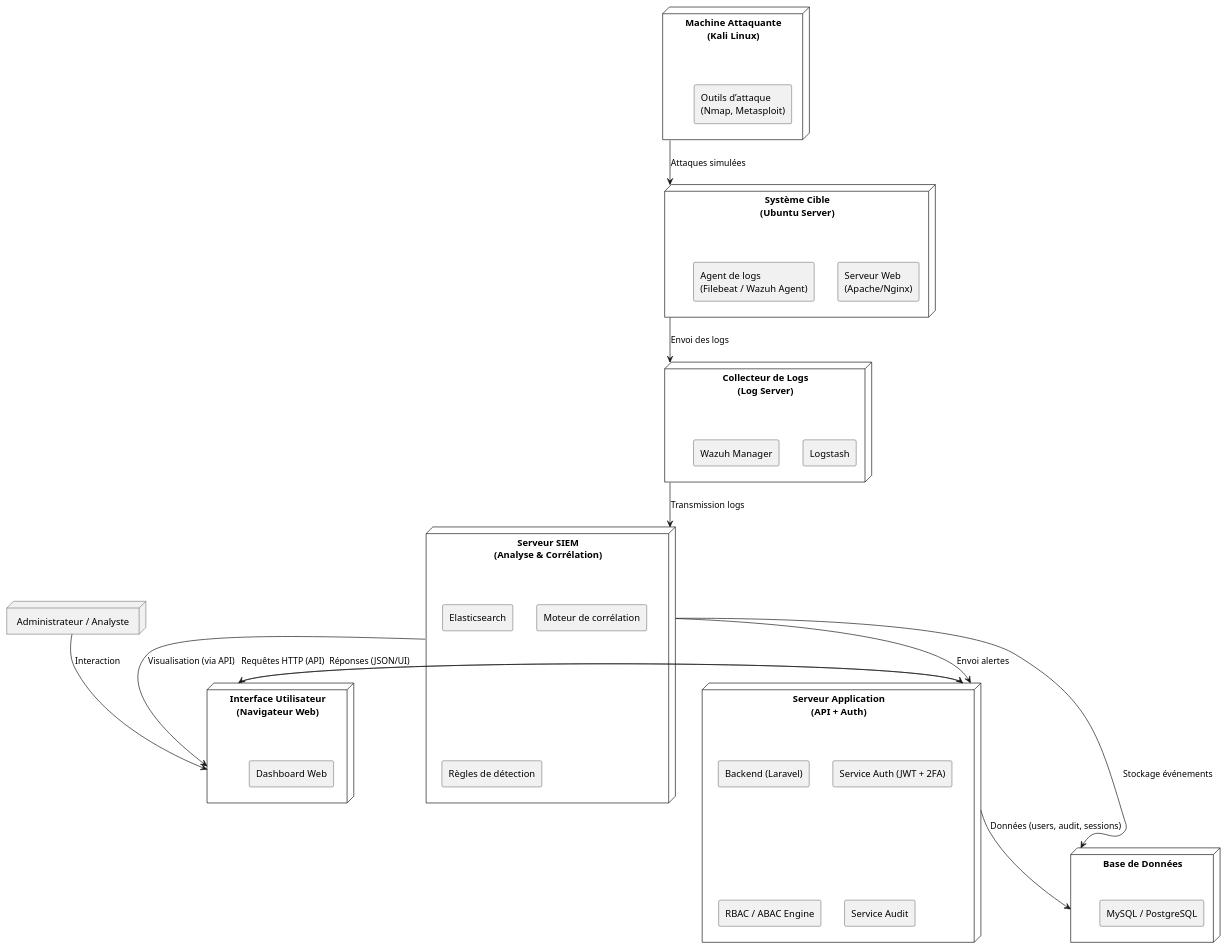
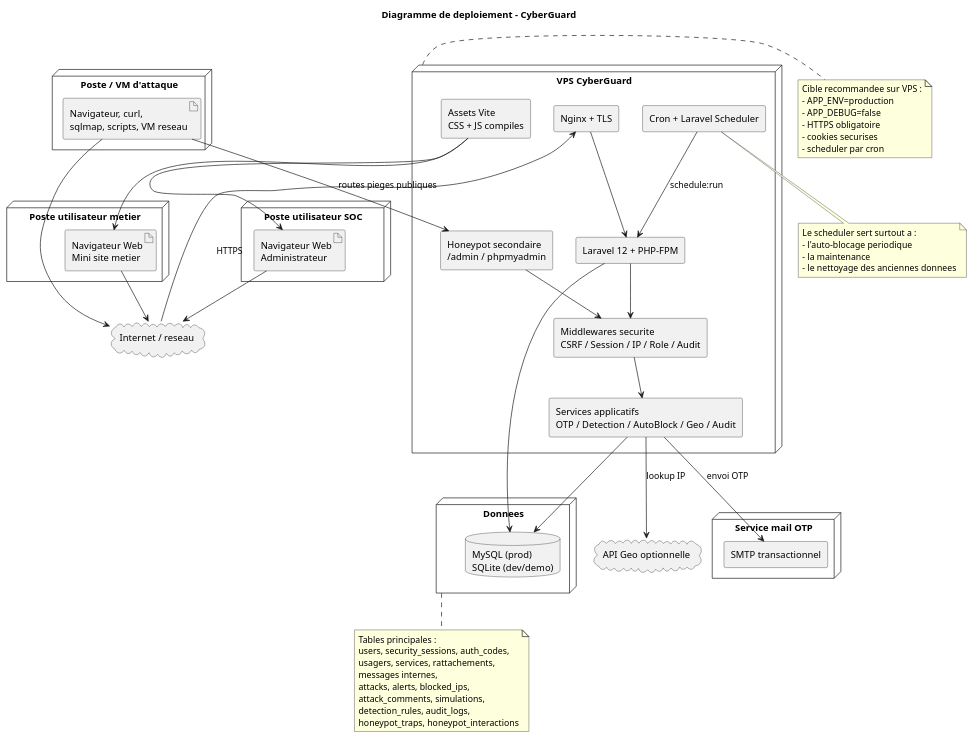
One commit to Adolphe51/Projet-definitif-de-soutenance changed the diagram in public/UML/diagram-deployment.puml. Above: the diagram before and after it, drawn with PlantUML. The commit also changed 281 other files, not shown here.

```diff
--- a/public/UML/diagram-deployment.puml
+++ b/public/UML/diagram-deployment.puml
@@ -1,63 +1,89 @@
-@startuml
+@startuml CyberGuardDeployment
+top to bottom direction
 skinparam shadowing false
 skinparam componentStyle rectangle
 
-node "Machine Attaquante\n(Kali Linux)" as Attacker {
-    component "Outils d’attaque\n(Nmap, Metasploit)"
+title Diagramme de deploiement - CyberGuard
+
+node "Poste utilisateur SOC" as SocClient {
+  artifact "Navigateur Web\nAdministrateur" as SocBrowser
 }
 
-node "Système Cible\n(Ubuntu Server)" as Target {
-    component "Serveur Web\n(Apache/Nginx)"
-    component "Agent de logs\n(Filebeat / Wazuh Agent)"
+node "Poste utilisateur metier" as BizClient {
+  artifact "Navigateur Web\nMini site metier" as BizBrowser
 }
 
-node "Collecteur de Logs\n(Log Server)" as Collector {
-    component "Logstash"
-    component "Wazuh Manager"
+node "Poste / VM d'attaque" as ThreatNode {
+  artifact "Navigateur, curl,\nsqlmap, scripts, VM reseau" as ThreatTool
 }
 
-node "Serveur SIEM\n(Analyse & Corrélation)" as SIEM {
-    component "Elasticsearch"
-    component "Moteur de corrélation"
-    component "Règles de détection"
+cloud "Internet / reseau" as Network
+
+node "VPS CyberGuard" as VpsNode {
+  component "Nginx + TLS" as ReverseProxy
+  component "Laravel 12 + PHP-FPM" as LaravelApp
+  component "Middlewares securite\nCSRF / Session / IP / Role / Audit" as SecurityLayer
+  component "Services applicatifs\nOTP / Detection / AutoBlock / Geo / Audit" as DomainServices
+  component "Assets Vite\nCSS + JS compiles" as FrontAssets
+  component "Cron + Laravel Scheduler" as Scheduler
+  component "Honeypot secondaire\n/admin / phpmyadmin" as HoneypotArea
 }
 
-node "Serveur Application\n(API + Auth)" as App {
-    component "Backend (Laravel)"
-    component "Service Auth (JWT + 2FA)"
-    component "RBAC / ABAC Engine"
-    component "Service Audit"
+node "Donnees" as DataNode {
+  database "MySQL (prod)\nSQLite (dev/demo)" as DB
 }
 
-node "Base de Données" as DB {
-    component "MySQL / PostgreSQL"
+node "Service mail OTP" as MailNode {
+  component "SMTP transactionnel" as Mailer
 }
 
-node "Interface Utilisateur\n(Navigateur Web)" as Client {
-    component "Dashboard Web"
-}
+cloud "API Geo optionnelle" as GeoApi
 
-node "Administrateur / Analyste" as User
+SocBrowser --> Network
+BizBrowser --> Network
+ThreatTool --> Network
 
-' ==============================
-' COMMUNICATIONS
-' ==============================
+Network --> ReverseProxy : HTTPS
+ReverseProxy --> LaravelApp
+LaravelApp --> SecurityLayer
+SecurityLayer --> DomainServices
+LaravelApp --> DB
+DomainServices --> DB
+DomainServices --> Mailer : envoi OTP
+DomainServices --> GeoApi : lookup IP
+FrontAssets --> SocBrowser
+FrontAssets --> BizBrowser
 
-Attacker --> Target : Attaques simulées
+ThreatTool --> HoneypotArea : routes pieges publiques
+HoneypotArea --> SecurityLayer
 
-Target --> Collector : Envoi des logs
-Collector --> SIEM : Transmission logs
+Scheduler --> LaravelApp : schedule:run
 
-SIEM --> DB : Stockage événements
-SIEM --> App : Envoi alertes
+note right of VpsNode
+  Cible recommandee sur VPS :
+  - APP_ENV=production
+  - APP_DEBUG=false
+  - HTTPS obligatoire
+  - cookies securises
+  - scheduler par cron
+end note
 
-App --> DB : Données (users, audit, sessions)
+note bottom of Scheduler
+  Le scheduler sert surtout a :
+  - l'auto-blocage periodique
+  - la maintenance
+  - le nettoyage des anciennes donnees
+end note
 
-Client --> App : Requêtes HTTP (API)
-App --> Client : Réponses (JSON/UI)
-
-User --> Client : Interaction
-
-SIEM --> Client : Visualisation (via API)
+note bottom of DataNode
+  Tables principales :
+  users, security_sessions, auth_codes,
+  usagers, services, rattachements,
+  messages internes,
+  attacks, alerts, blocked_ips,
+  attack_comments, simulations,
+  detection_rules, audit_logs,
+  honeypot_traps, honeypot_interactions
+end note
 
 @enduml
```
